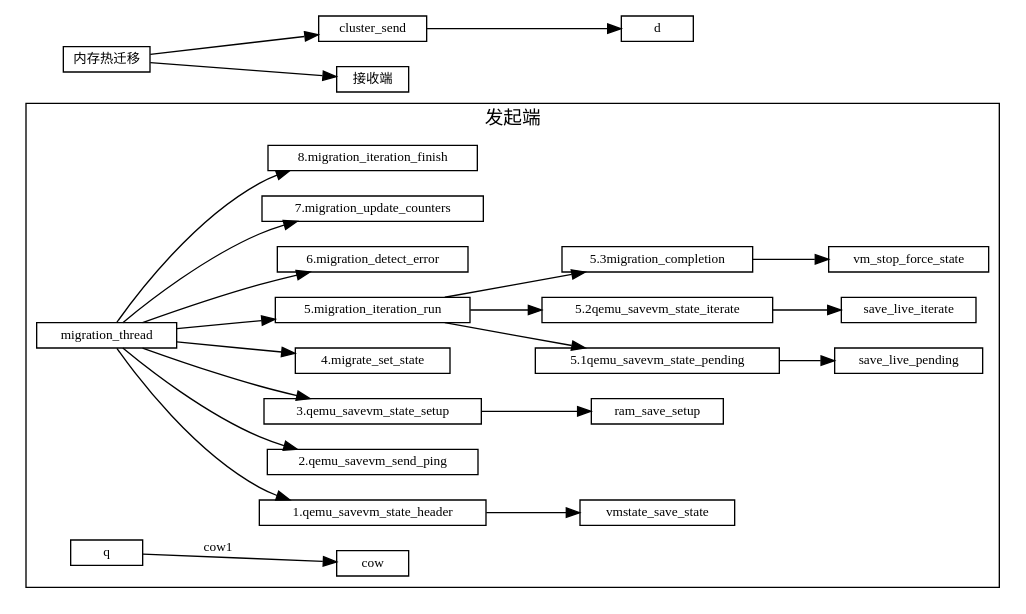
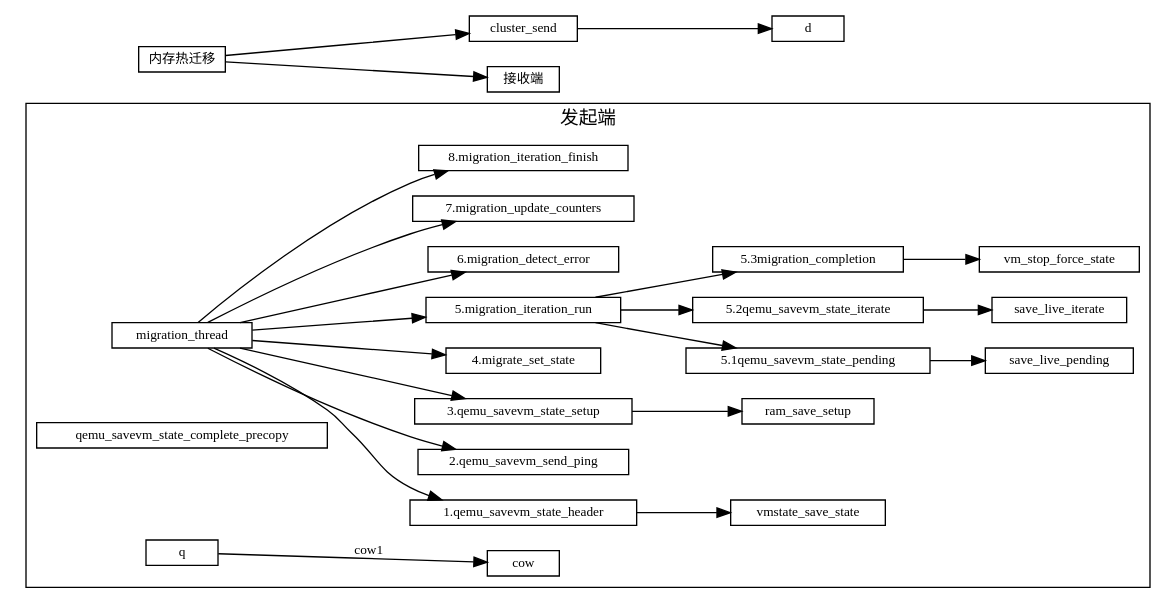
One commit to sisyphus1212/note changed the diagram in 虚拟化/热迁移/1-内存热迁移.md. Above: the diagram before and after it, drawn with Graphviz.

Commit message:
auto_update

````diff
--- a/虚拟化/热迁移/1-内存热迁移.md
+++ b/虚拟化/热迁移/1-内存热迁移.md
@@ -11,59 +11,60 @@
 ```graphviz
 digraph {
 fontname="Helvetica,Arial,sans-serif"
 //node [fontname="Helvetica,Arial,sans-serif"]
 //edge [fontname="Helvetica,Arial,sans-serif"]
 rankdir="LR"
 node [fontsize=10, shape=record, height=0.25]
 edge [fontsize=10]
   subgraph send {
     cluster=true;
     label="发起端";
     qemu_savevm_state_header[label="1.qemu_savevm_state_header"];
     qemu_savevm_send_ping[label="2.qemu_savevm_send_ping"];
     qemu_savevm_state_setup[label="3.qemu_savevm_state_setup"];
     migrate_set_state[label="4.migrate_set_state"];
     migration_iteration_run[label="5.migration_iteration_run"];
 
     migration_detect_error[label="6.migration_detect_error"];
     migration_update_counters[label="7.migration_update_counters"];
     migration_iteration_finish[label="8.migration_iteration_finish"];
 
     migration_thread -> qemu_savevm_state_header
                      -> vmstate_save_state;
     migration_thread -> qemu_savevm_send_ping;
     migration_thread -> qemu_savevm_state_setup
                      -> ram_save_setup;
     migration_thread -> migrate_set_state;
 
     qemu_savevm_state_pending[label="5.1qemu_savevm_state_pending"];
     qemu_savevm_state_iterate[label="5.2qemu_savevm_state_iterate"];
     migration_completion[label="5.3migration_completion"];
 
     vm_stop_force_state
+    qemu_savevm_state_complete_precopy
 
     migration_thread ->
          migration_iteration_run->qemu_savevm_state_pending
                                 ->save_live_pending;
          migration_iteration_run->qemu_savevm_state_iterate
                                 ->save_live_iterate;
          migration_iteration_run->migration_completion
                                 ->vm_stop_force_state;
 
 
     migration_thread -> migration_detect_error
     migration_thread -> migration_update_counters
     migration_thread -> migration_iteration_finish
 
 
 
     q -> cow[label="cow1"];
   }
 
 内存热迁移 [label="内存热迁移"]
 内存热迁移 -> cluster_send
            -> d
 
 内存热迁移 -> 接收端
 }
 ```
````
